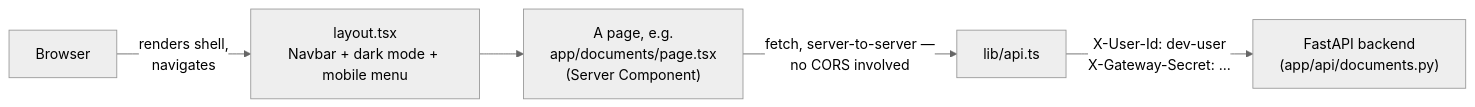
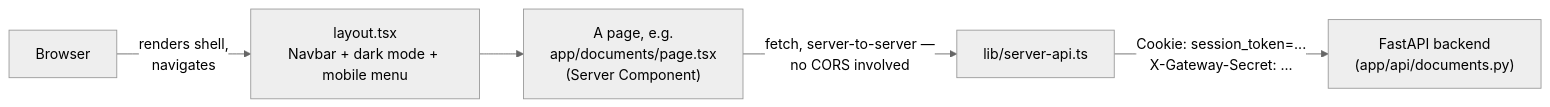
Before and after one commit to NavdeepTU/genai_projects: the second of 9 diagrams in knowledge-brain/docs/ARCHITECTURE.md, drawn with Mermaid (neutral theme). The commit also changed other lines of this file and 30 other files, not shown here.

````diff
--- a/knowledge-brain/docs/ARCHITECTURE.md
+++ b/knowledge-brain/docs/ARCHITECTURE.md
@@ -583,7 +622,7 @@
 ```mermaid
 flowchart LR
     BROWSER[Browser] -->|"renders shell,<br/>navigates"| SHELL["layout.tsx<br/>Navbar + dark mode + mobile menu"]
     SHELL --> PAGE["A page, e.g.<br/>app/documents/page.tsx<br/>(Server Component)"]
-    PAGE -->|"fetch, server-to-server —<br/>no CORS involved"| API["lib/api.ts"]
-    API -->|"X-User-Id: dev-user<br/>X-Gateway-Secret: ..."| BACKEND["FastAPI backend<br/>(app/api/documents.py)"]
+    PAGE -->|"fetch, server-to-server —<br/>no CORS involved"| API["lib/server-api.ts"]
+    API -->|"Cookie: session_token=...<br/>X-Gateway-Secret: ..."| BACKEND["FastAPI backend<br/>(app/api/documents.py)"]
 ```
````
